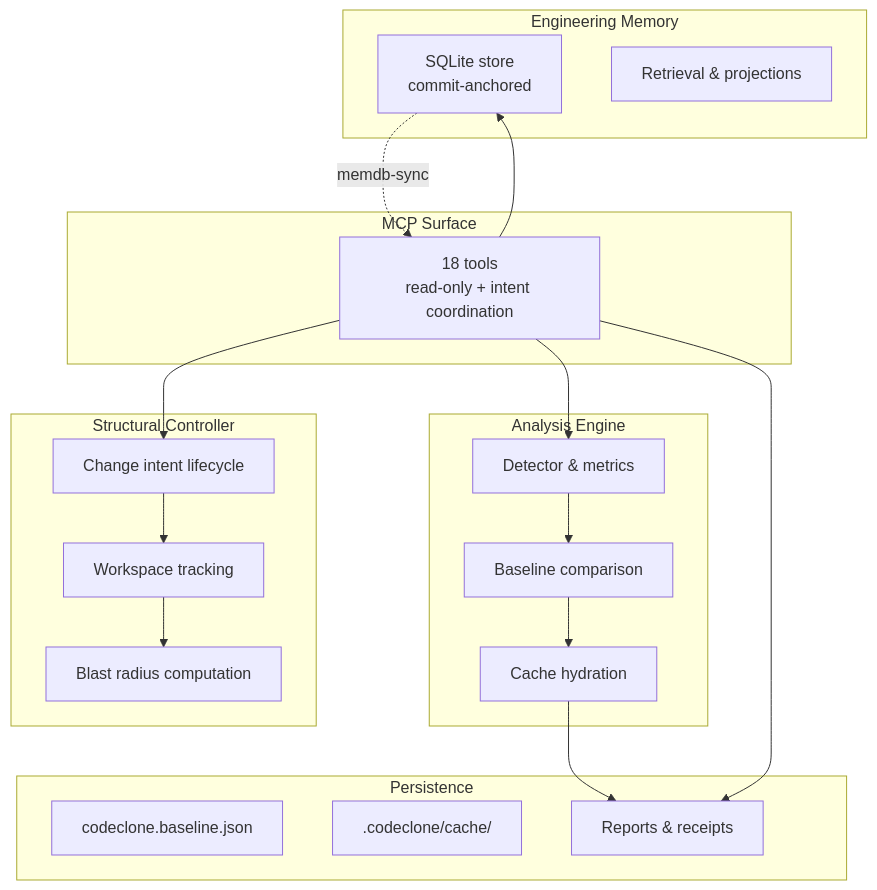
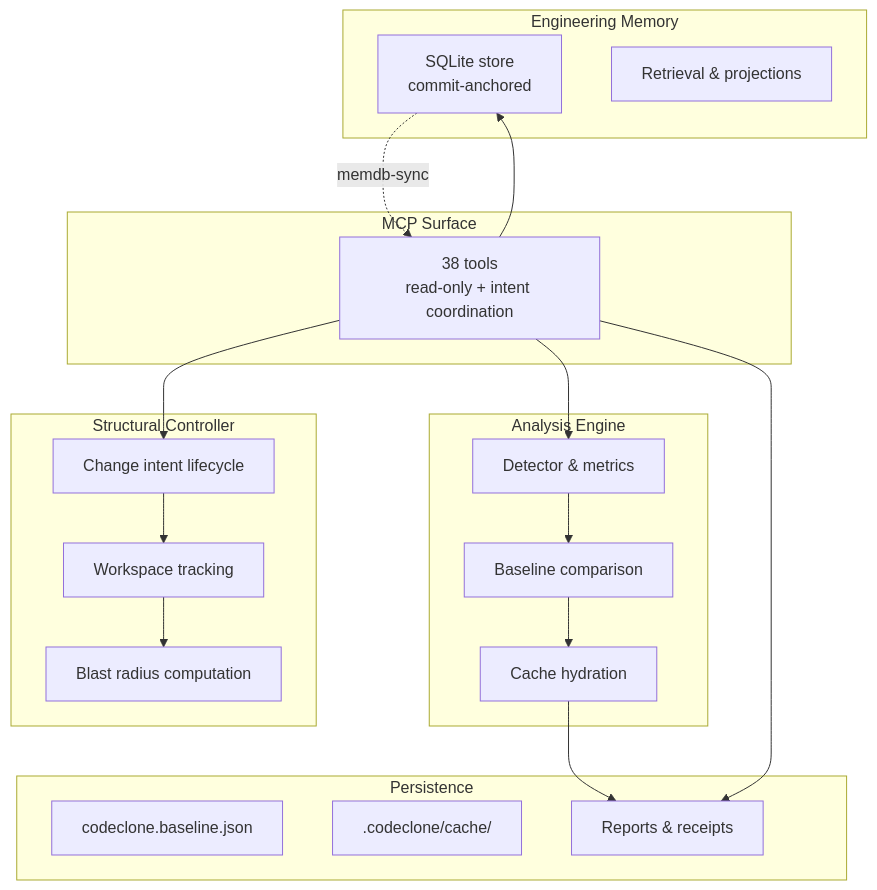
The diagram in docs/internal/architecture/overview.md (orenlab/codeclone), drawn with Mermaid before and after one commit. The commit also changed other lines of this file and 38 other files, not shown here.

````diff
--- a/docs/internal/architecture/overview.md
+++ b/docs/internal/architecture/overview.md
@@ -16,40 +16,40 @@
 ```mermaid
 graph TB
     subgraph "Analysis Engine"
         A[Detector & metrics]
         B[Baseline comparison]
         C[Cache hydration]
     end
 
     subgraph "Structural Controller"
         CC[Change intent lifecycle]
         WS[Workspace tracking]
         BR[Blast radius computation]
     end
 
     subgraph "Engineering Memory"
         EM[SQLite store<br/>commit-anchored]
         RET[Retrieval & projections]
     end
 
     subgraph "Persistence"
         BL[codeclone.baseline.json]
         CA[.codeclone/cache/]
         RPT[Reports & receipts]
     end
 
     subgraph "MCP Surface"
-        MCP[18 tools<br/>read-only + intent coordination]
+        MCP[38 tools<br/>read-only + intent coordination]
     end
 
     A --> B
     B --> C
     C --> RPT
     CC --> WS
     WS --> BR
     MCP --> A
     MCP --> CC
     MCP --> EM
     MCP --> RPT
     EM -.->|memdb-sync| MCP
 ```
````
